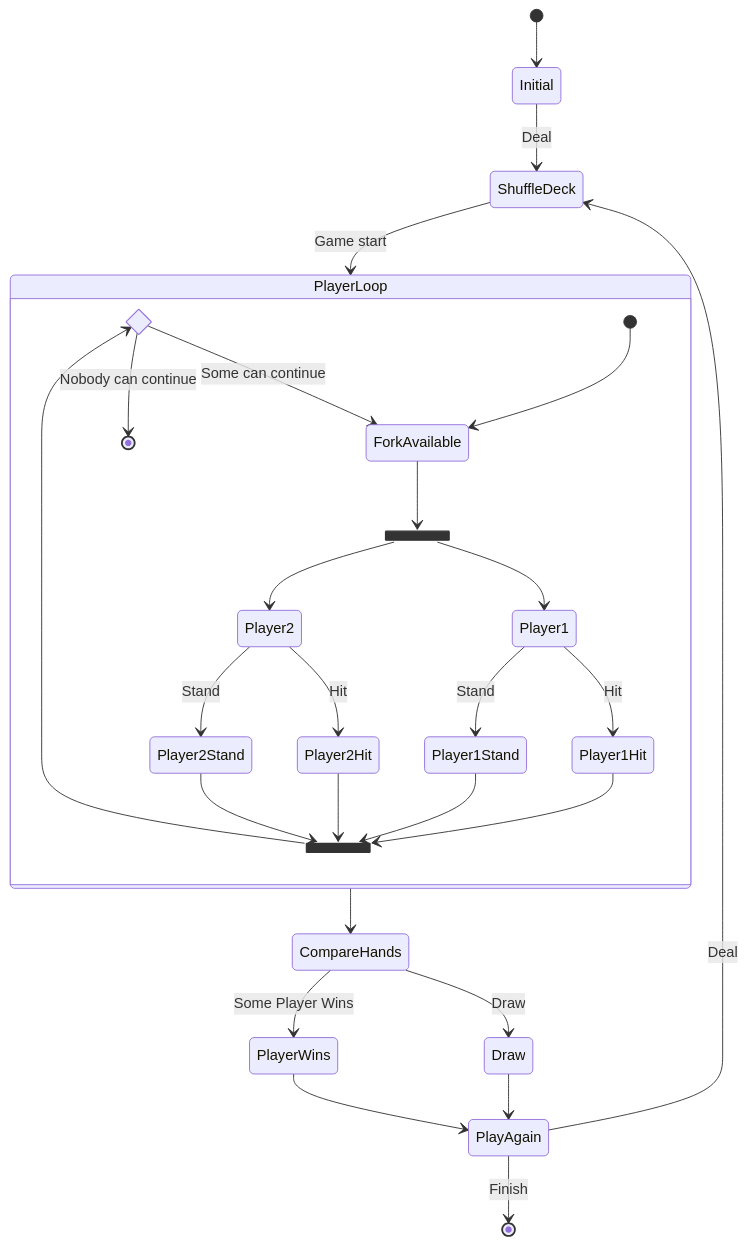
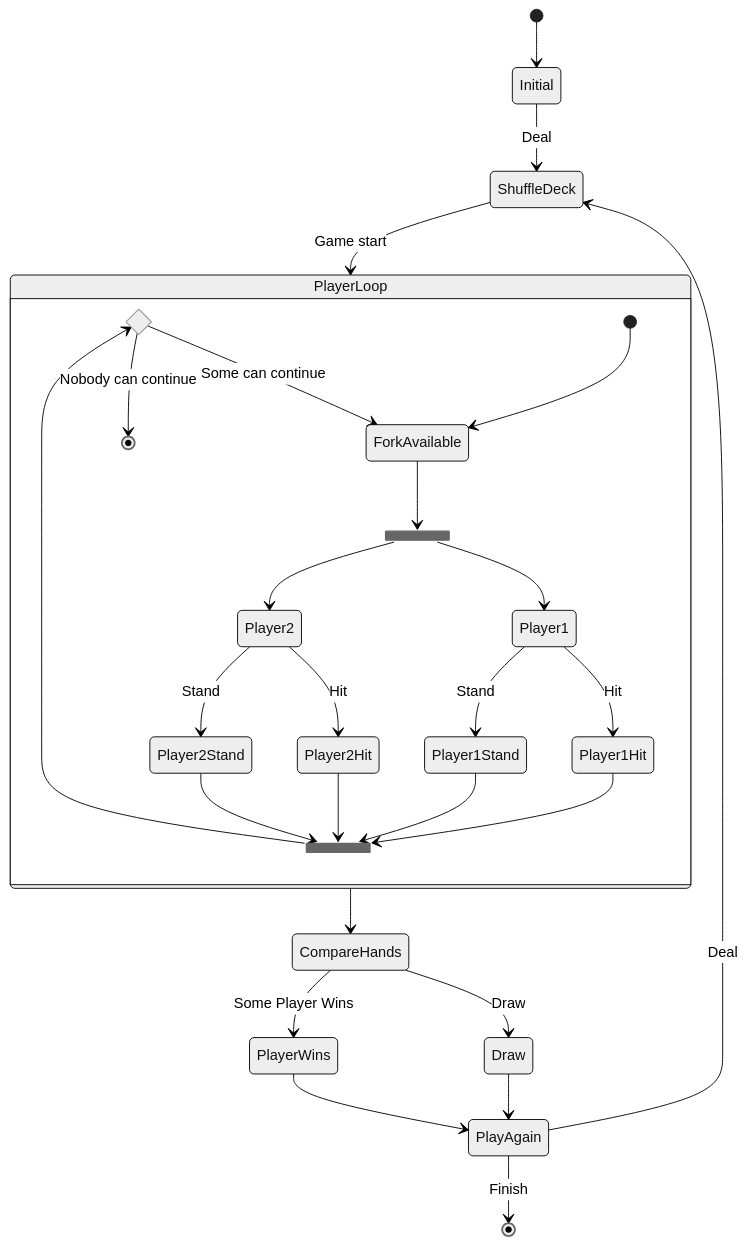
One commit to Calindra/cartesi-drand changed the diagram in dapp-contract-blackjack/README.md. Above: the diagram before and after it, drawn with Mermaid. The commit also changed 1 other file, not shown here.

Commit message:
docs: docs to neutral

````diff
--- a/dapp-contract-blackjack/README.md
+++ b/dapp-contract-blackjack/README.md
@@ -4,50 +4,51 @@
 ```mermaid
+%%{init: {'theme':'neutral'}}%%
 stateDiagram-v2
     [*] --> Initial
     Initial --> ShuffleDeck : Deal
     ShuffleDeck --> PlayerLoop  : Game start
 
     state PlayerLoop {
         state WhoIsAvailable <<choice>>
         state PhaseInitial <<fork>>
         [*] --> ForkAvailable
         ForkAvailable --> PhaseInitial
 
         PhaseInitial --> Player1
         Player1 --> Player1Hit : Hit
         Player1 --> Player1Stand : Stand
 
 
         PhaseInitial --> Player2
         Player2 --> Player2Hit : Hit
         Player2 --> Player2Stand : Stand
 
 
         %% PhaseInitial --> Player3
         %% Player3 --> Player3Hit : Hit
         %% Player3 --> Player3Stand : Stand
 
         state PhaseWait <<join>>
 
         Player1Hit --> PhaseWait
         Player2Hit --> PhaseWait
         %% Player3Hit --> PhaseWait
 
         Player1Stand --> PhaseWait
         Player2Stand --> PhaseWait
         %% Player3Stand --> PhaseWait
 
         PhaseWait --> WhoIsAvailable
         WhoIsAvailable --> ForkAvailable: Some can continue
         WhoIsAvailable --> [*]: Nobody can continue
     }
 
     PlayerLoop --> CompareHands
 
     CompareHands --> PlayerWins : Some Player Wins
     CompareHands --> Draw : Draw
     PlayerWins --> PlayAgain
     Draw --> PlayAgain
     PlayAgain --> ShuffleDeck : Deal
     PlayAgain --> [*] : Finish
 ```
````
